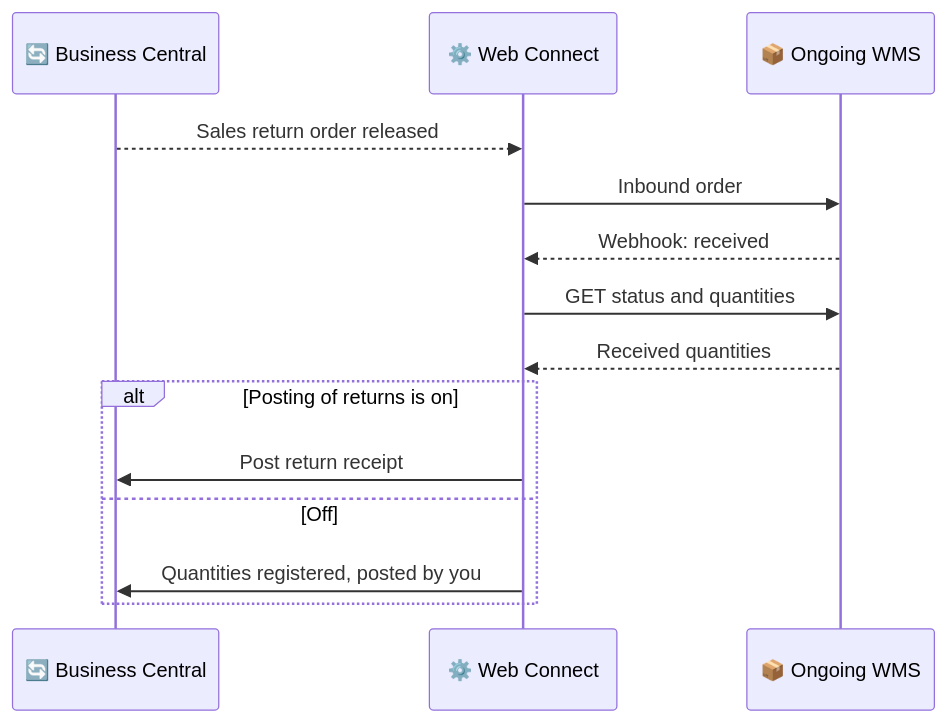
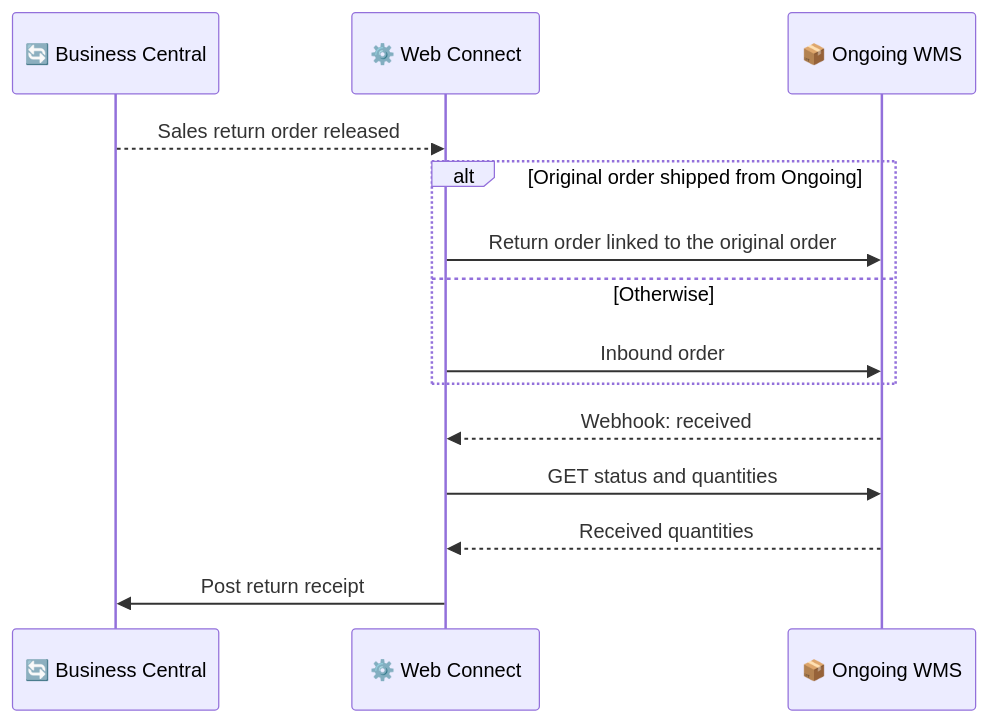
The diagram in docs/products/web-connect/integrations/ongoing/flows/returns.md (Combine-IT-ab/docs-general), drawn with Mermaid before and after one commit. The commit also changed other lines of this file and 1 other file, not shown here.

First line of the commit message:
Ongoing: returer som returorder kopplad till originalordern

````diff
--- a/docs/products/web-connect/integrations/ongoing/flows/returns.md
+++ b/docs/products/web-connect/integrations/ongoing/flows/returns.md
@@ -40,17 +42,17 @@
 ```mermaid
 sequenceDiagram
     participant BC as 🔄 Business Central
     participant WC as ⚙️ Web Connect
     participant OG as 📦 Ongoing WMS
 
     BC-->>WC: Sales return order released
-    WC->>OG: Inbound order
+    alt Original order shipped from Ongoing
+        WC->>OG: Return order linked to the original order
+    else Otherwise
+        WC->>OG: Inbound order
+    end
     OG-->>WC: Webhook: received
     WC->>OG: GET status and quantities
     OG-->>WC: Received quantities
-    alt Posting of returns is on
-        WC->>BC: Post return receipt
-    else Off
-        WC->>BC: Quantities registered, posted by you
-    end
+    WC->>BC: Post return receipt
 ```
````
